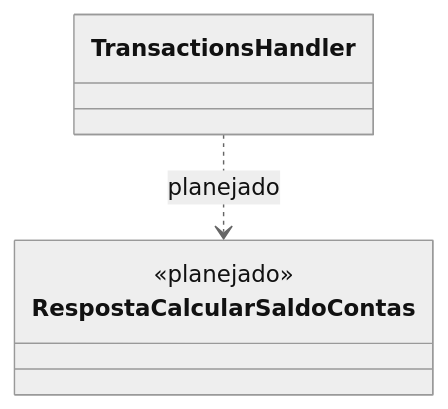
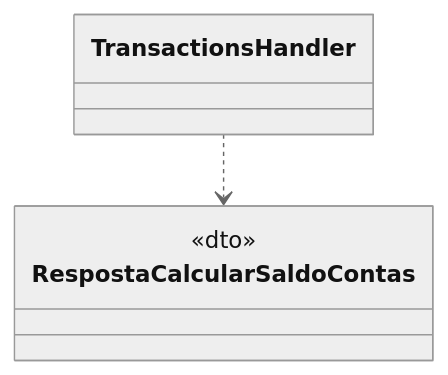
One commit to MiguelFMont/ES-PI4-2026-T1-G18 changed diagram 11 of 12 in docs/uml/classes/srv-transactions.md. Above: the diagram before and after it, drawn with Mermaid (neutral theme). The commit also changed other lines of this file and 27 other files, not shown here.

Commit message:
docs: UML só do Servidor (remove diagramas de classes do Backend e do Frontend e as marcas de planejado)

````diff
--- a/docs/uml/classes/srv-transactions.md
+++ b/docs/uml/classes/srv-transactions.md
@@ -346,8 +344,7 @@
 ```mermaid
 classDiagram
     class RespostaCalcularSaldoContas {
-        <<planejado>>
         <<dto>>
     }
-    TransactionsHandler ..> RespostaCalcularSaldoContas : planejado
+    TransactionsHandler ..> RespostaCalcularSaldoContas
 ```
````
